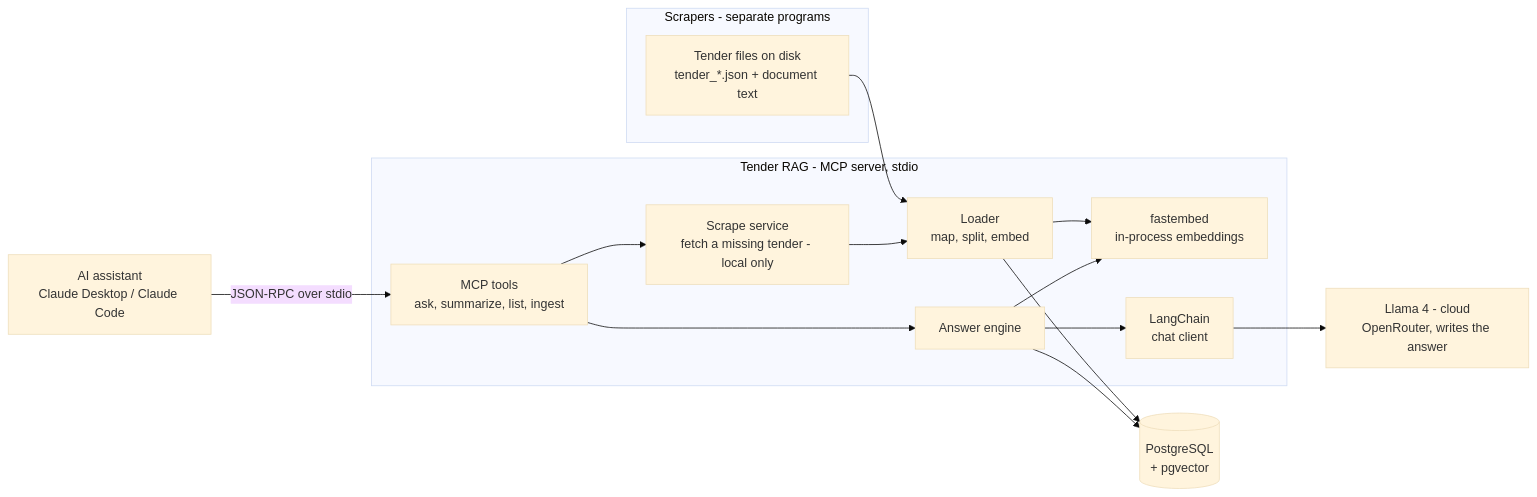
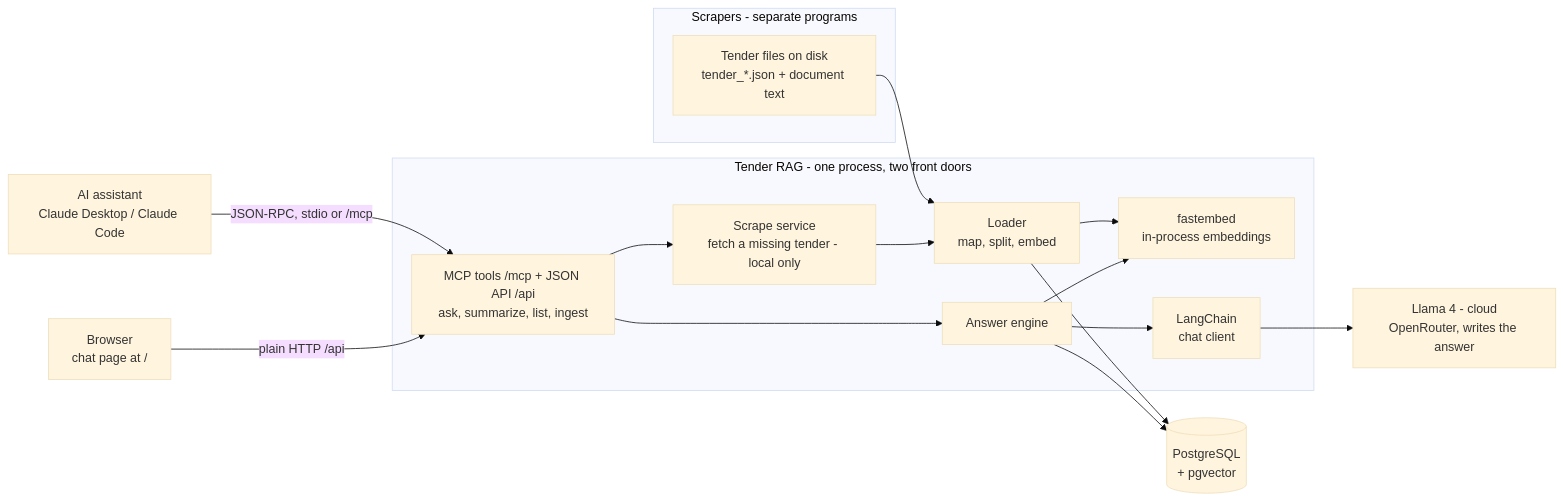
The first of 6 diagrams in docs/architecture.md (j4rv1ss/tender-rag-mcp), drawn with Mermaid (base theme) before and after one commit. The commit also changed other lines of this file, not shown here.

Commit message:
Architecture doc: the server has two front doors, not none
Section 1 still said 'There is no web server and no port', which stopped being
true when --http gained the chat page and /api routes. The diagram now shows
both the assistant (JSON-RPC over stdio or /mcp) and the browser (plain HTTP
over /api) reaching the same services.

````diff
--- a/docs/architecture.md
+++ b/docs/architecture.md
@@ -20,27 +20,29 @@
 ```mermaid
 flowchart LR
   subgraph SC[Scrapers - separate programs]
     OUT[Tender files on disk<br/>tender_*.json + document text]
   end
   CLIENT[AI assistant<br/>Claude Desktop / Claude Code]
-  subgraph APP[Tender RAG - MCP server, stdio]
-    API[MCP tools<br/>ask, summarize, list, ingest]
+  BROWSER[Browser<br/>chat page at /]
+  subgraph APP[Tender RAG - one process, two front doors]
+    API[MCP tools /mcp + JSON API /api<br/>ask, summarize, list, ingest]
     SCR[Scrape service<br/>fetch a missing tender - local only]
     ING[Loader<br/>map, split, embed]
     RAGS[Answer engine]
     EMB[fastembed<br/>in-process embeddings]
     LC[LangChain<br/>chat client]
   end
   DB[(PostgreSQL<br/>+ pgvector)]
   LLM[Llama 4 - cloud<br/>OpenRouter, writes the answer]
 
   OUT --> ING
-  CLIENT -->|JSON-RPC over stdio| API
+  CLIENT -->|JSON-RPC, stdio or /mcp| API
+  BROWSER -->|plain HTTP /api| API
   API --> SCR --> ING
   ING --> EMB
   ING --> DB
   API --> RAGS
   RAGS --> EMB
   RAGS --> DB
   RAGS --> LC --> LLM
 ```
````
